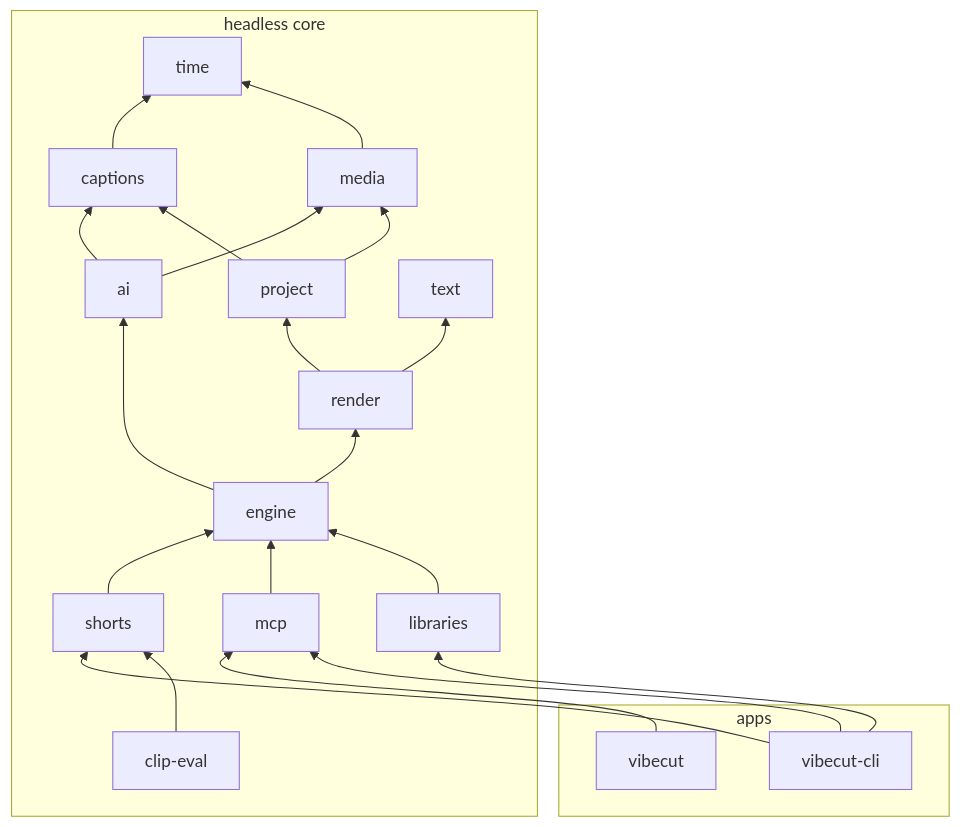
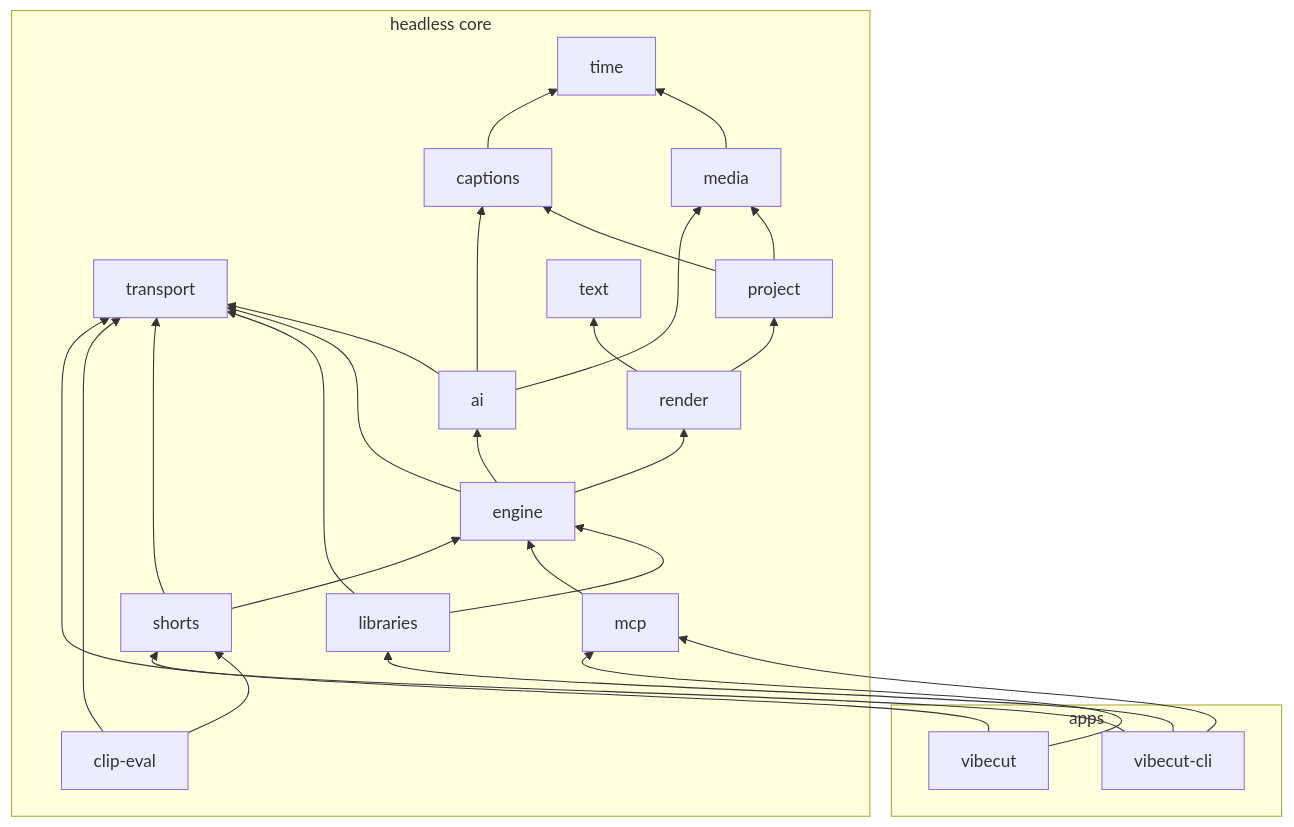
Before and after one commit to canhta/vibecut: the first of 2 diagrams in docs/engineering/architecture.md, drawn with Mermaid. The commit also changed other lines of this file and 80 other files, not shown here.

````diff
--- a/docs/engineering/architecture.md
+++ b/docs/engineering/architecture.md
@@ -29,27 +30,34 @@
 ```mermaid
 flowchart BT
+  transport
   media --> time
   captions --> time
   project --> media
   project --> captions
   ai --> media
   ai --> captions
+  ai --> transport
   render --> project
   render --> text
   engine --> render
   engine --> ai
+  engine --> transport
   libraries --> engine
+  libraries --> transport
   mcp --> engine
   shorts --> engine
+  shorts --> transport
   eval[clip-eval] --> shorts
+  eval --> transport
   cli[vibecut-cli] --> shorts
   cli --> libraries
   cli --> mcp
   app[vibecut] --> mcp
+  app --> transport
   subgraph apps
     cli; app
   end
   subgraph core[headless core]
-    time; text; media; captions; project; ai; render; engine; mcp; libraries; shorts; eval
+    time; text; transport; media; captions; project; ai; render; engine; mcp; libraries; shorts; eval
   end
 ```
````
